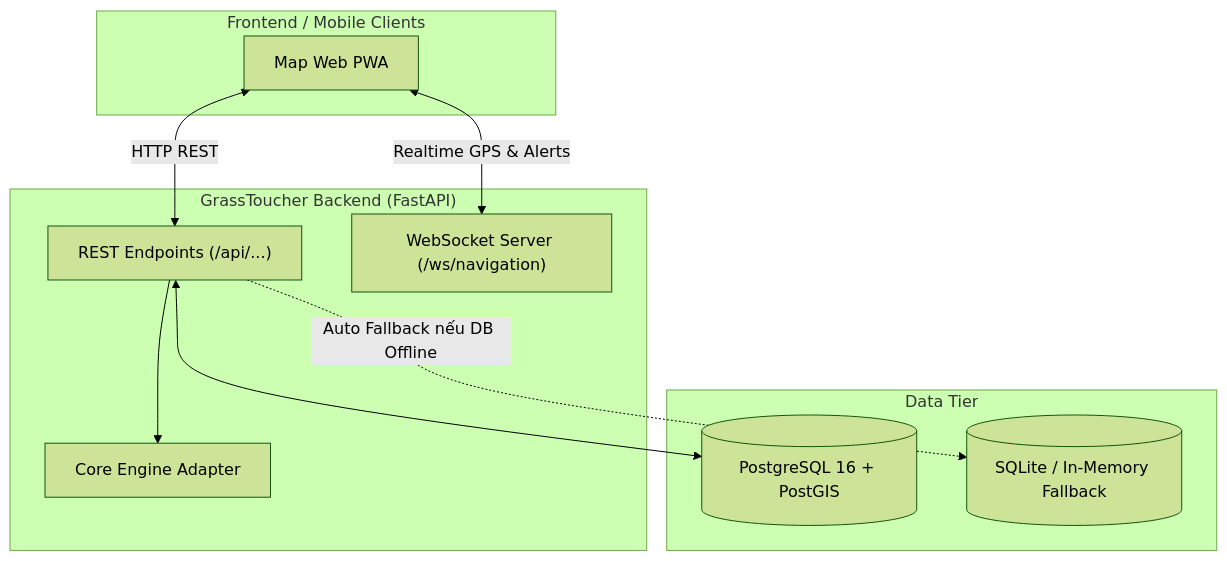
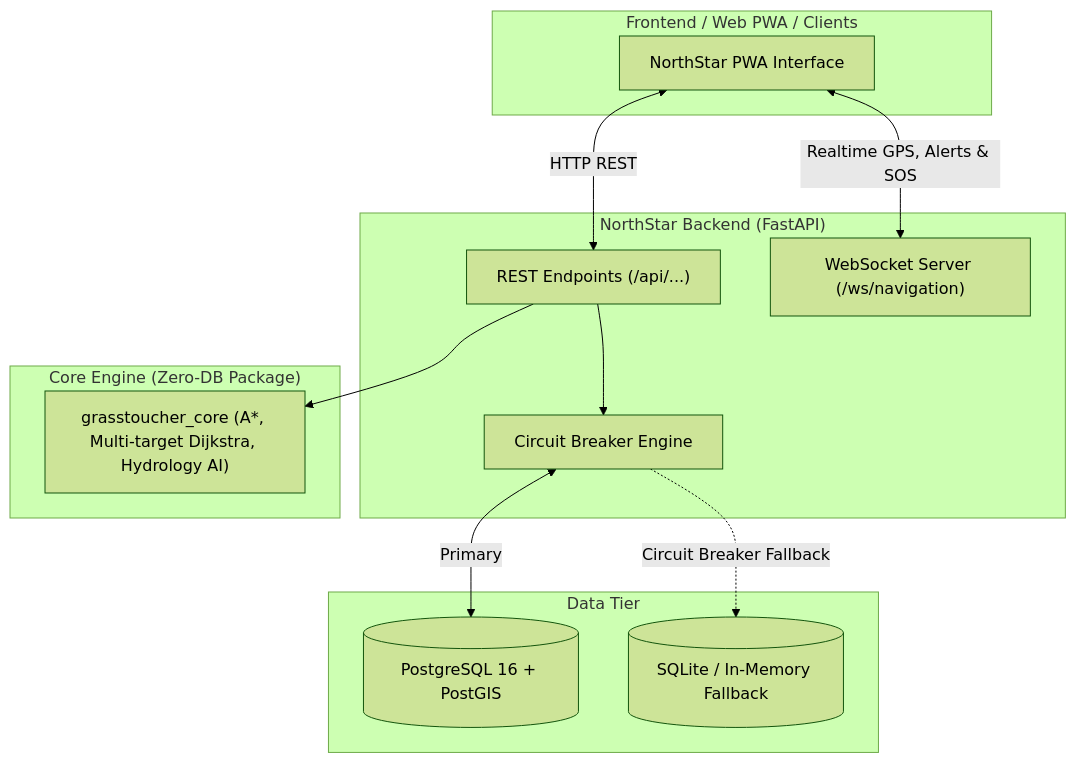
The diagram in README.md (GrassTouchers1/GrassToucher-backend), drawn with Mermaid (forest theme) before and after one commit. The commit also changed other lines of this file, not shown here.

Commit message:
docs(backend): update documentation for northstar geo-api gateway and alembic migrations

````diff
--- a/README.md
+++ b/README.md
@@ -17,23 +18,28 @@
 ```mermaid
 flowchart TD
-    subgraph Client["Frontend / Mobile Clients"]
-        WEB["Map Web PWA"]
+    subgraph Client["Frontend / Web PWA / Clients"]
+        WEB["NorthStar PWA Interface"]
     end
 
-    subgraph Backend["GrassToucher Backend (FastAPI)"]
+    subgraph Backend["NorthStar Backend (FastAPI)"]
         API["REST Endpoints (/api/...)"]
         WS["WebSocket Server (/ws/navigation)"]
-        CORE_BRIDGE["Core Engine Adapter"]
+        CB["Circuit Breaker Engine"]
+    end
+
+    subgraph Core["Core Engine (Zero-DB Package)"]
+        CORE["grasstoucher_core (A*, Multi-target Dijkstra, Hydrology AI)"]
     end
 
     subgraph Storage["Data Tier"]
         DB[("PostgreSQL 16 + PostGIS")]
         FALLBACK[("SQLite / In-Memory Fallback")]
     end
 
     WEB <-->|"HTTP REST"| API
-    WEB <-->|"Realtime GPS & Alerts"| WS
-    API <--> DB
-    API -.->|"Auto Fallback nếu DB Offline"| FALLBACK
-    API --> CORE_BRIDGE
+    WEB <-->|"Realtime GPS, Alerts & SOS"| WS
+    API --> CB
+    CB <-->|"Primary"| DB
+    CB -.->|"Circuit Breaker Fallback"| FALLBACK
+    API --> CORE
 ```
````
